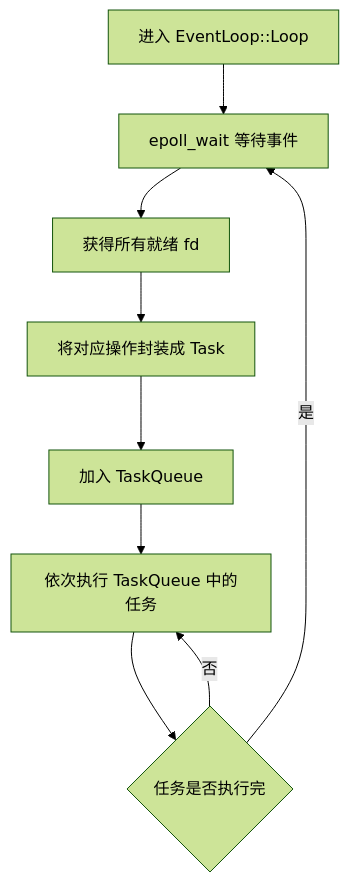
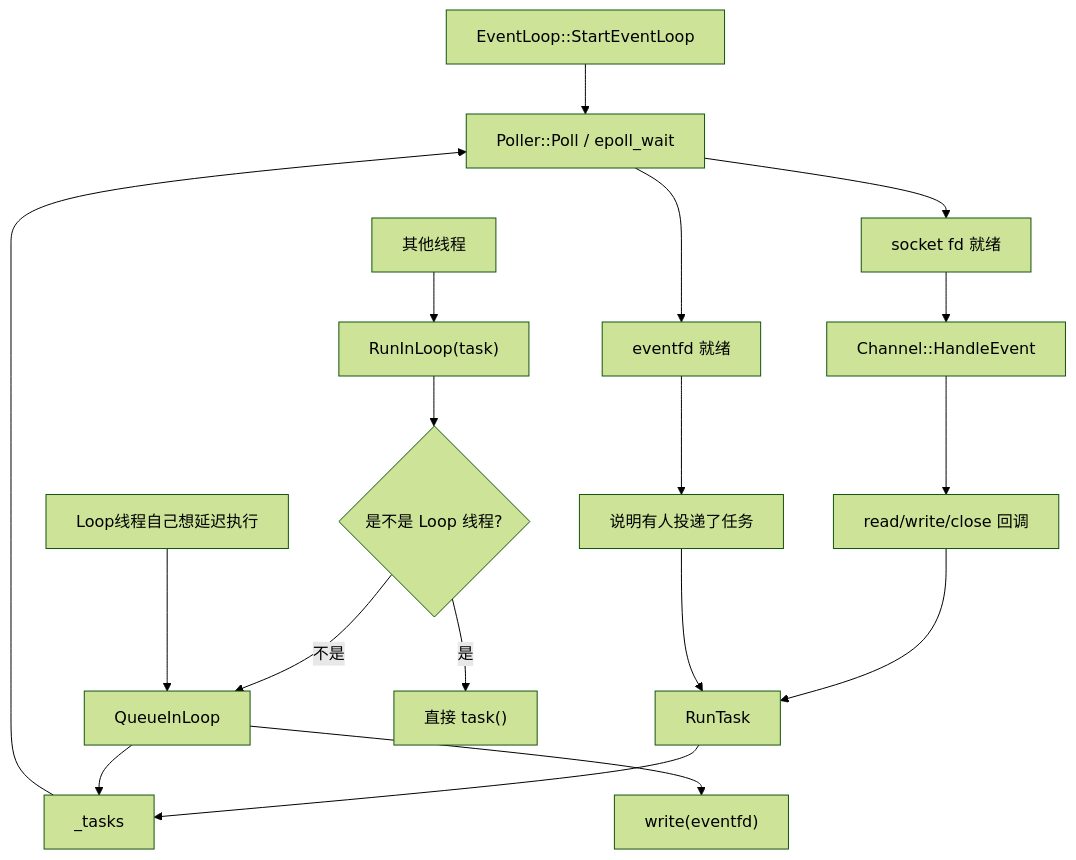
One commit to Dairenwen/muduo-otol-concurrent-server changed the ninth of 9 diagrams in README.md. Above: the diagram before and after it, drawn with Mermaid (forest theme). The commit also changed 5 other files, not shown here.

````diff
--- a/README.md
+++ b/README.md
@@ -906,11 +901,27 @@
 ```mermaid
 flowchart TD
-    A[进入 EventLoop::Loop] --> B[epoll_wait 等待事件]
-    B --> C[获得所有就绪 fd]
-    C --> D[将对应操作封装成 Task]
-    D --> E[加入 TaskQueue]
-    E --> F[依次执行 TaskQueue 中的任务]
-    F --> G{任务是否执行完}
-    G -->|否| F
-    G -->|是| B
+    A["EventLoop::StartEventLoop"] --> B["Poller::Poll / epoll_wait"]
+
+    B --> C["socket fd 就绪"]
+    C --> D["Channel::HandleEvent"]
+    D --> E["read/write/close 回调"]
+
+    B --> F["eventfd 就绪"]
+    F --> G["说明有人投递了任务"]
+
+    E --> H["RunTask"]
+    G --> H
+
+    H --> I["_tasks"]
+    I --> B
+
+    J["其他线程"] --> K["RunInLoop(task)"]
+    K --> L{"是不是 Loop 线程?"}
+    L -->|不是| M["QueueInLoop"]
+    M --> I
+    M --> N["write(eventfd)"]
+
+    L -->|是| O["直接 task()"]
+
+    P["Loop线程自己想延迟执行"] --> M
 ```
````
